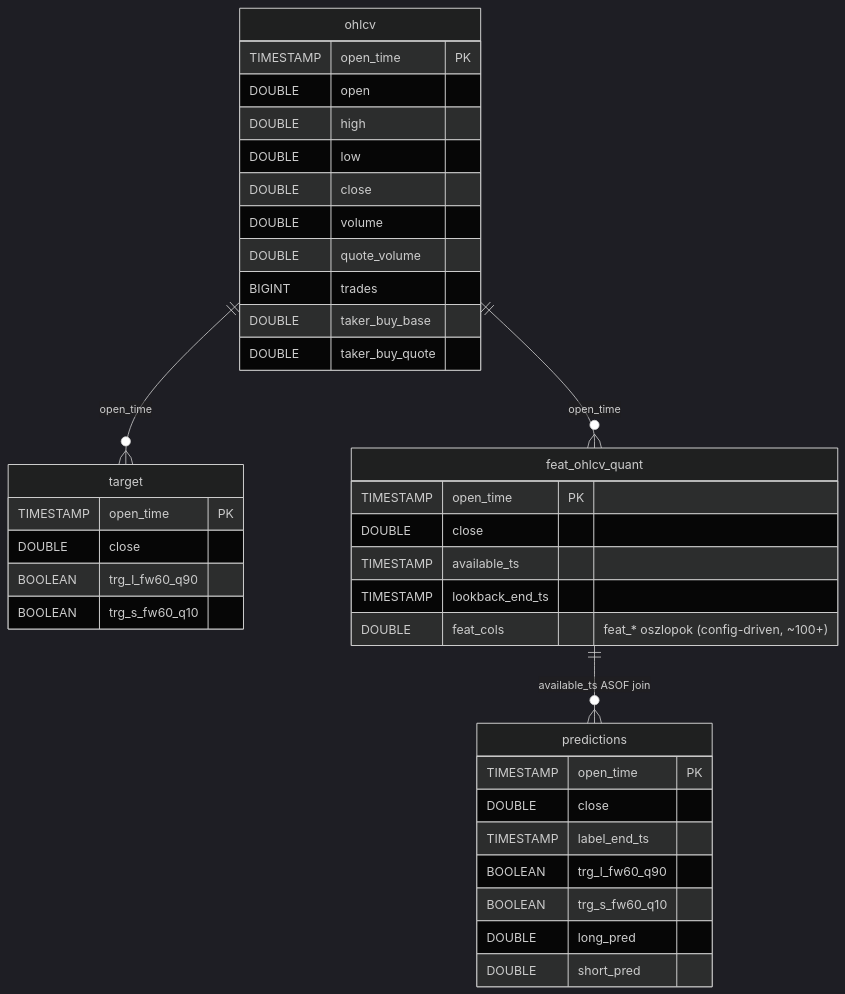
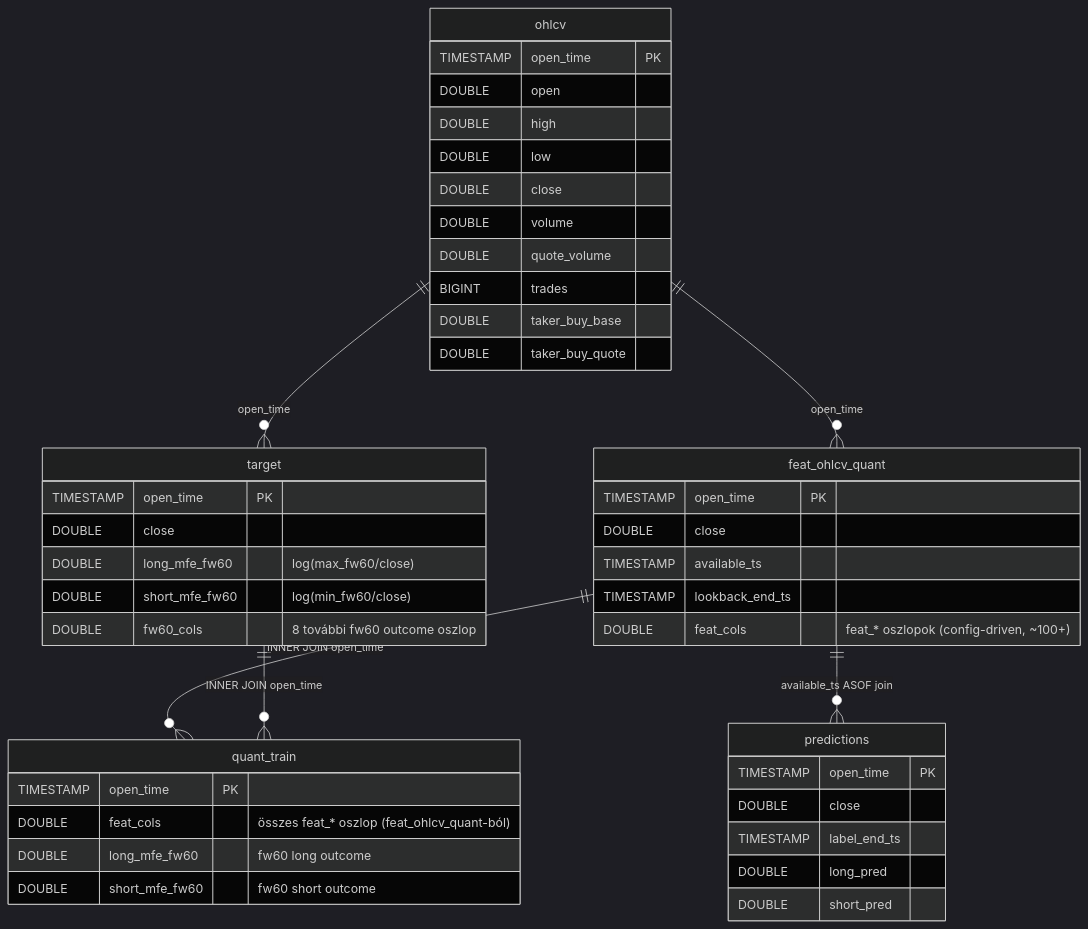
Before and after one commit to Nemesis14/chronoquant: the diagram in _doc_/1000_database.md, drawn with Mermaid (dark theme). The commit also changed other lines of this file and 62 other files, not shown here.

````diff
--- a/_doc_/1000_database.md
+++ b/_doc_/1000_database.md
@@ -9,44 +9,52 @@
 ```mermaid
 erDiagram
     ohlcv {
         TIMESTAMP open_time PK
         DOUBLE open
         DOUBLE high
         DOUBLE low
         DOUBLE close
         DOUBLE volume
         DOUBLE quote_volume
         BIGINT trades
         DOUBLE taker_buy_base
         DOUBLE taker_buy_quote
     }
 
     target {
         TIMESTAMP open_time PK
         DOUBLE close
-        BOOLEAN trg_l_fw60_q90
-        BOOLEAN trg_s_fw60_q10
+        DOUBLE long_mfe_fw60 "log(max_fw60/close)"
+        DOUBLE short_mfe_fw60 "log(min_fw60/close)"
+        DOUBLE fw60_cols "8 további fw60 outcome oszlop"
     }
 
     feat_ohlcv_quant {
         TIMESTAMP open_time PK
         DOUBLE close
         TIMESTAMP available_ts
         TIMESTAMP lookback_end_ts
         DOUBLE feat_cols "feat_* oszlopok (config-driven, ~100+)"
     }
 
     predictions {
         TIMESTAMP open_time PK
         DOUBLE close
         TIMESTAMP label_end_ts
-        BOOLEAN trg_l_fw60_q90
-        BOOLEAN trg_s_fw60_q10
         DOUBLE long_pred
         DOUBLE short_pred
+    }
+
+    quant_train {
+        TIMESTAMP open_time PK
+        DOUBLE feat_cols "összes feat_* oszlop (feat_ohlcv_quant-ból)"
+        DOUBLE long_mfe_fw60 "fw60 long outcome"
+        DOUBLE short_mfe_fw60 "fw60 short outcome"
     }
 
     ohlcv ||--o{ target : "open_time"
     ohlcv ||--o{ feat_ohlcv_quant : "open_time"
     feat_ohlcv_quant ||--o{ predictions : "available_ts ASOF join"
+    feat_ohlcv_quant ||--o{ quant_train : "INNER JOIN open_time"
+    target ||--o{ quant_train : "INNER JOIN open_time"
 ```
````
